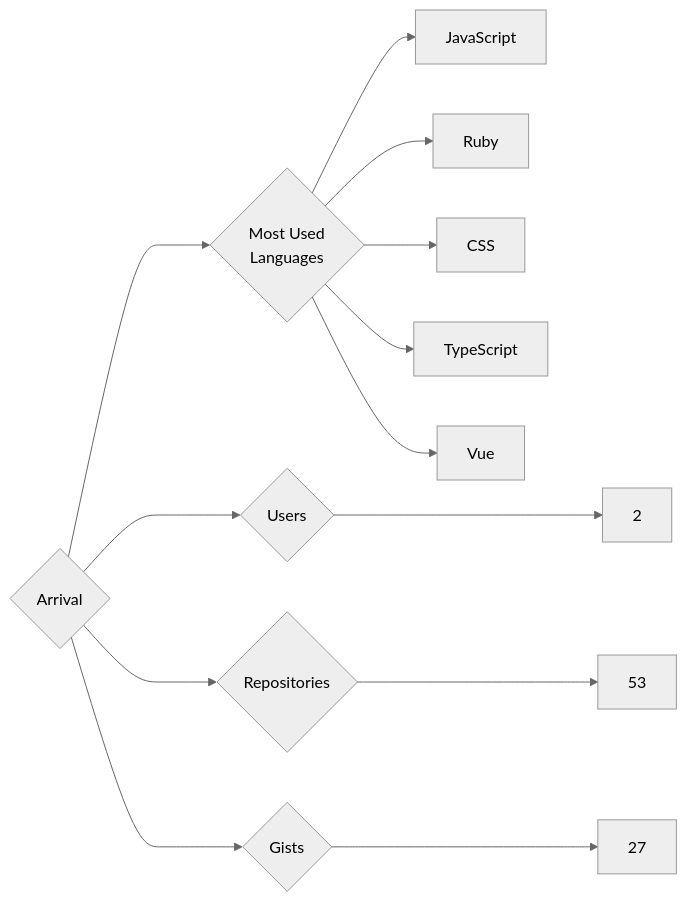
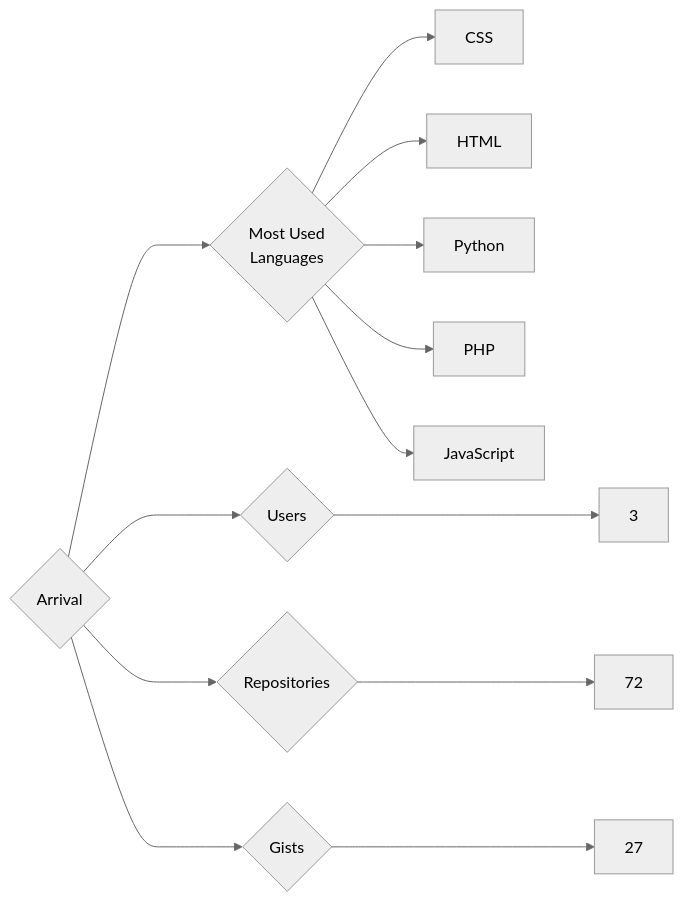
One commit to trickest/insiders changed the diagram in targets/Arrival/README.md. Above: the diagram before and after it, drawn with Mermaid (neutral theme). The commit also changed 776 other files, not shown here.

````diff
--- a/targets/Arrival/README.md
+++ b/targets/Arrival/README.md
@@ -3,13 +3,13 @@
 ```mermaid
 graph LR
 COMPANY_NAME{Arrival}
-COMPANY_NAME ---> U{Users} ---> UN[2]
-COMPANY_NAME ---> R{Repositories} ---> RN[53]
+COMPANY_NAME ---> U{Users} ---> UN[3]
+COMPANY_NAME ---> R{Repositories} ---> RN[72]
 COMPANY_NAME ---> G{Gists} ---> GN[27]
 COMPANY_NAME ---> ML{Most Used<br>Languages}
+ML --> CSS[CSS]
+ML --> HTML[HTML]
+ML --> Python[Python]
+ML --> PHP[PHP]
 ML --> JavaScript[JavaScript]
-ML --> Ruby[Ruby]
-ML --> CSS[CSS]
-ML --> TypeScript[TypeScript]
-ML --> Vue[Vue]
 ```
````
